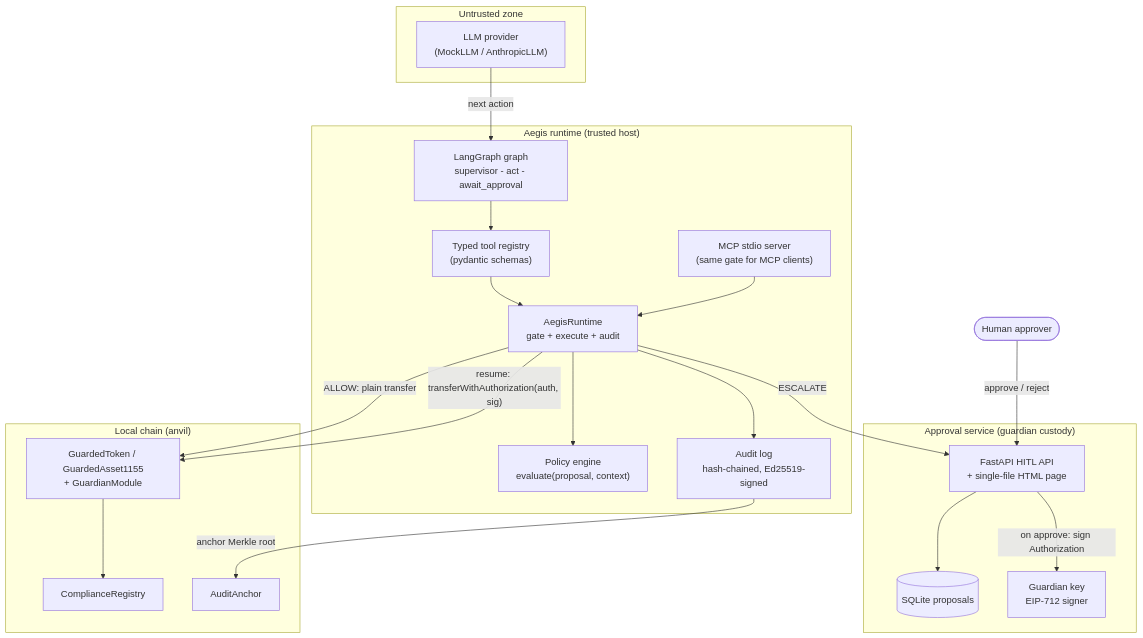
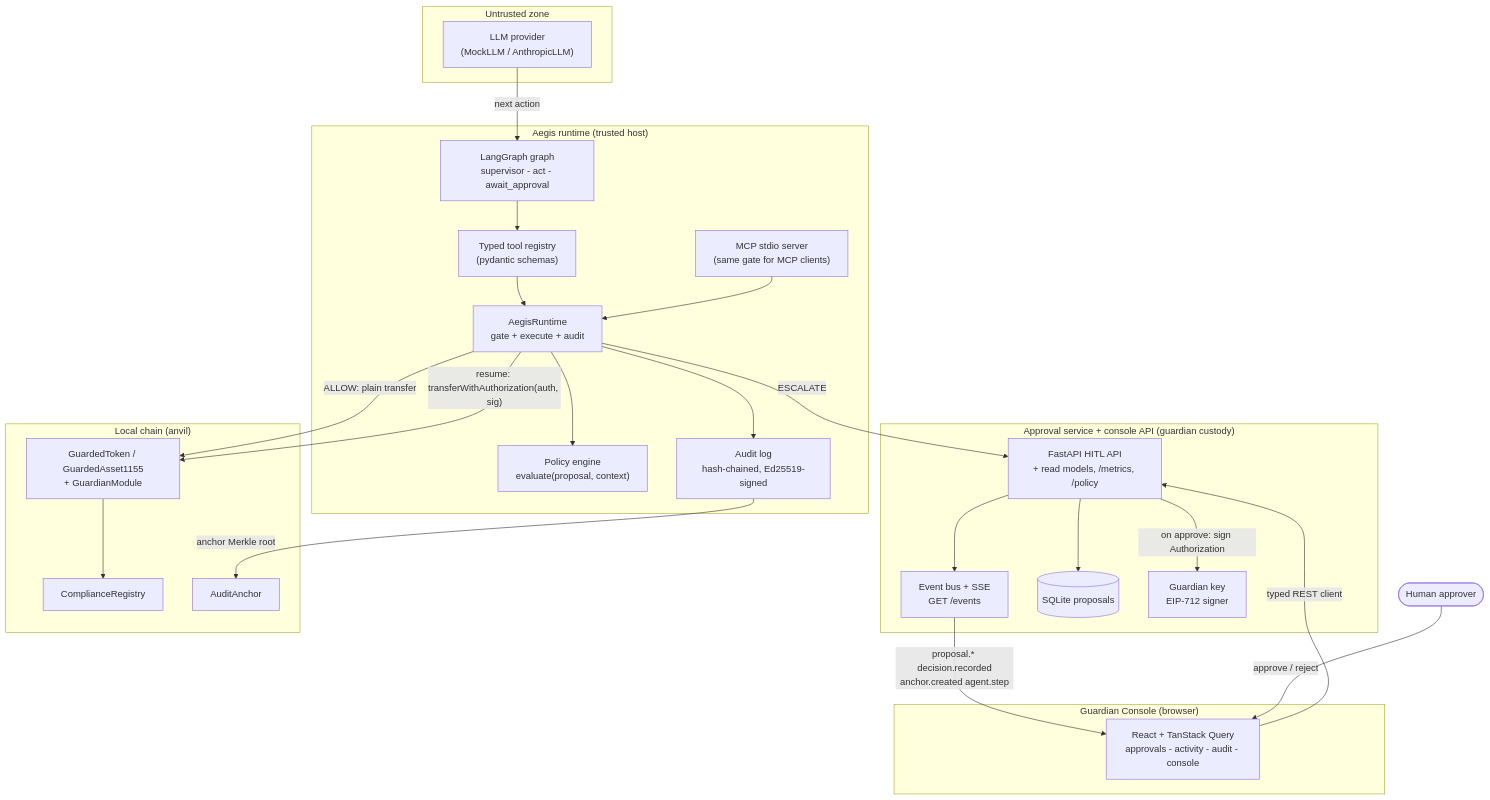
The first of 2 diagrams in docs/architecture.md (rajatwasan/aegis), drawn with Mermaid before and after one commit. The commit also changed other lines of this file and 16 other files, not shown here.

````diff
--- a/docs/architecture.md
+++ b/docs/architecture.md
@@ -18,43 +18,51 @@
 ```mermaid
 flowchart TB
     subgraph Untrusted["Untrusted zone"]
         LLM["LLM provider<br/>(MockLLM / AnthropicLLM)"]
     end
 
     subgraph Runtime["Aegis runtime (trusted host)"]
         TOOLS["Typed tool registry<br/>(pydantic schemas)"]
         GRAPH["LangGraph graph<br/>supervisor - act - await_approval"]
         POLICY["Policy engine<br/>evaluate(proposal, context)"]
         RT["AegisRuntime<br/>gate + execute + audit"]
         AUDIT["Audit log<br/>hash-chained, Ed25519-signed"]
         MCP["MCP stdio server<br/>(same gate for MCP clients)"]
     end
 
-    subgraph Approval["Approval service (guardian custody)"]
-        API["FastAPI HITL API<br/>+ single-file HTML page"]
+    subgraph Approval["Approval service + console API (guardian custody)"]
+        API["FastAPI HITL API<br/>+ read models, /metrics, /policy"]
+        SSE["Event bus + SSE<br/>GET /events"]
         DB[("SQLite proposals")]
         GK["Guardian key<br/>EIP-712 signer"]
+    end
+
+    subgraph Console["Guardian Console (browser)"]
+        UI["React + TanStack Query<br/>approvals - activity - audit - console"]
     end
 
     subgraph Chain["Local chain (anvil)"]
         REG["ComplianceRegistry"]
         TOKEN["GuardedToken / GuardedAsset1155<br/>+ GuardianModule"]
         ANCHOR["AuditAnchor"]
     end
 
     HUMAN(["Human approver"])
 
     LLM -->|"next action"| GRAPH
     GRAPH --> TOOLS --> RT
     MCP --> RT
     RT --> POLICY
     RT -->|"ALLOW: plain transfer"| TOKEN
     RT -->|"ESCALATE"| API
     RT --> AUDIT
     API --> DB
     API -->|"on approve: sign Authorization"| GK
-    HUMAN -->|"approve / reject"| API
+    API --> SSE
+    SSE -->|"proposal.* decision.recorded<br/>anchor.created agent.step"| UI
+    UI -->|"typed REST client"| API
+    HUMAN -->|"approve / reject"| UI
     RT -->|"resume: transferWithAuthorization(auth, sig)"| TOKEN
     TOKEN --> REG
     AUDIT -->|"anchor Merkle root"| ANCHOR
 ```
````
